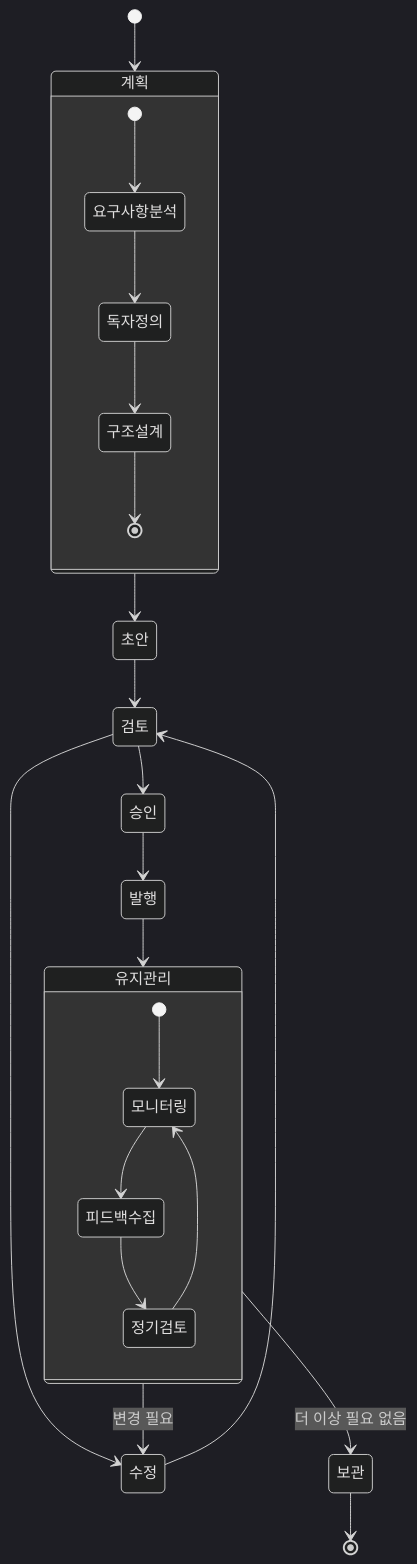
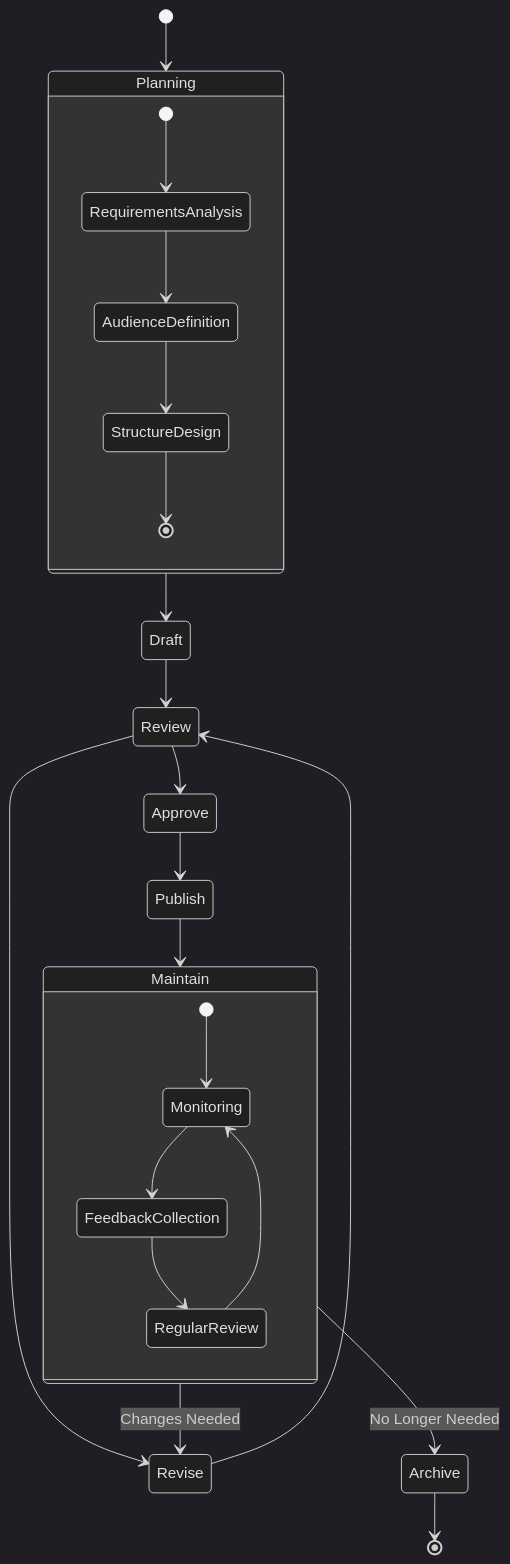
One commit to bbalganjjm/prompt-driven-development changed the third of 3 diagrams in 5.prompt-driven-development-methodology-documentation.md. Above: the diagram before and after it, drawn with Mermaid (dark theme). The commit also changed other lines of this file and 3 other files, not shown here.

````diff
--- a/5.prompt-driven-development-methodology-documentation.md
+++ b/5.prompt-driven-development-methodology-documentation.md
@@ -596,28 +594,28 @@
 ```mermaid
 stateDiagram-v2
-    [*] --> 계획
-    계획 --> 초안
-    초안 --> 검토
-    검토 --> 수정
-    수정 --> 검토
-    검토 --> 승인
-    승인 --> 발행
-    발행 --> 유지관리
-    유지관리 --> 수정: 변경 필요
-    유지관리 --> 보관: 더 이상 필요 없음
-    보관 --> [*]
+    [*] --> Planning
+    Planning --> Draft
+    Draft --> Review
+    Review --> Revise
+    Revise --> Review
+    Review --> Approve
+    Approve --> Publish
+    Publish --> Maintain
+    Maintain --> Revise: Changes Needed
+    Maintain --> Archive: No Longer Needed
+    Archive --> [*]
     
-    state 계획 {
-        [*] --> 요구사항분석
-        요구사항분석 --> 독자정의
-        독자정의 --> 구조설계
-        구조설계 --> [*]
+    state Planning {
+        [*] --> RequirementsAnalysis
+        RequirementsAnalysis --> AudienceDefinition
+        AudienceDefinition --> StructureDesign
+        StructureDesign --> [*]
     }
     
-    state 유지관리 {
-        [*] --> 모니터링
-        모니터링 --> 피드백수집
-        피드백수집 --> 정기검토
-        정기검토 --> 모니터링
+    state Maintain {
+        [*] --> Monitoring
+        Monitoring --> FeedbackCollection
+        FeedbackCollection --> RegularReview
+        RegularReview --> Monitoring
     }
 ```
````
